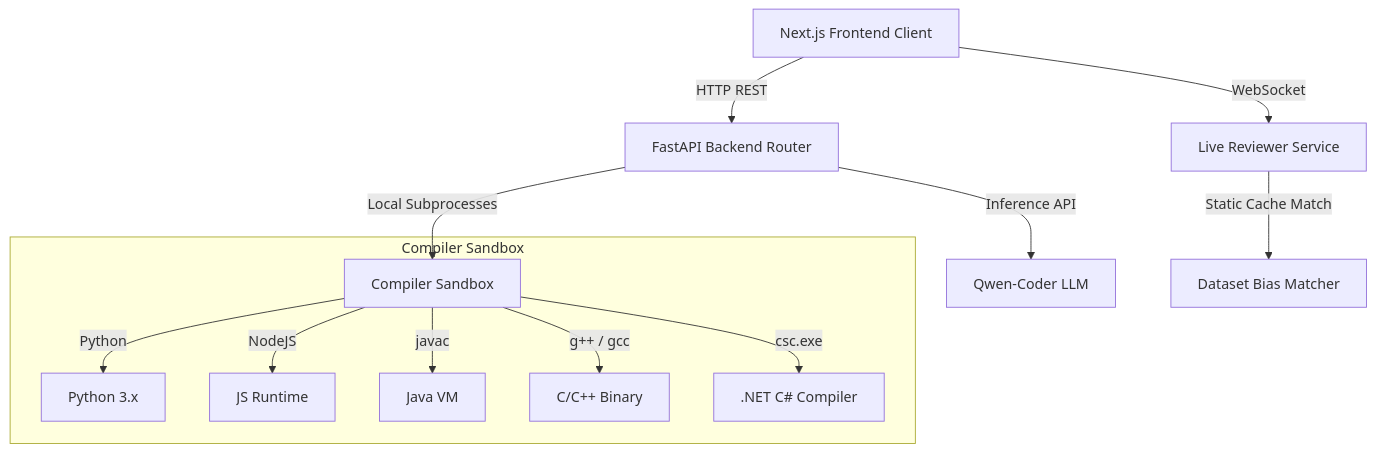
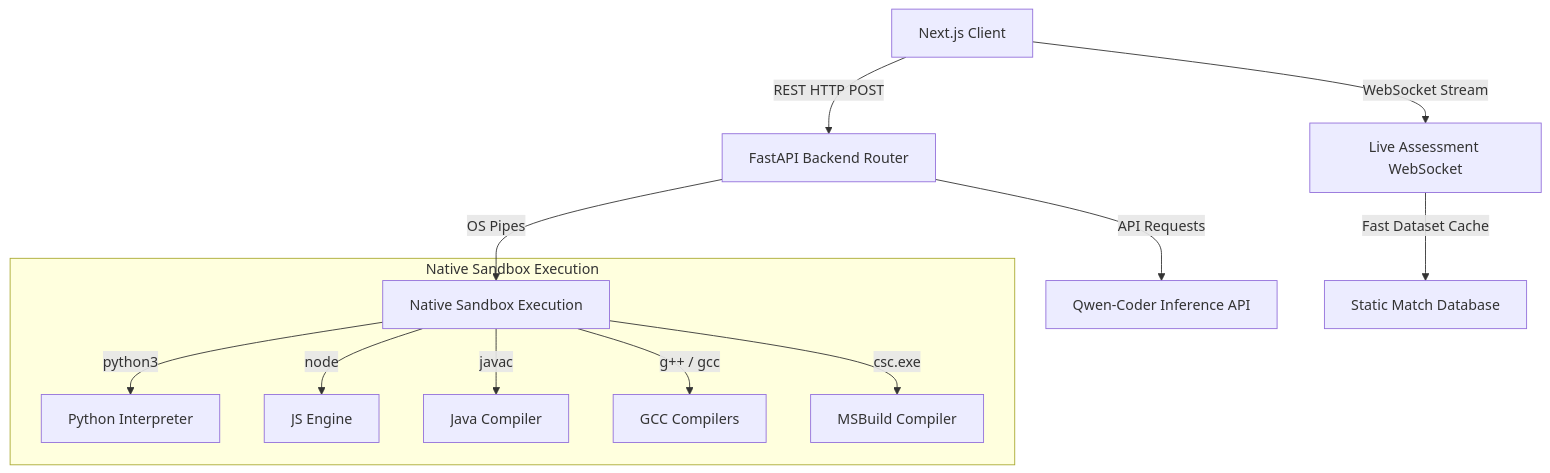
The diagram in README.md (Saipavanavsp/AI-Code-Review-Assistant), drawn with Mermaid before and after one commit. The commit also changed other lines of this file, not shown here.

````diff
--- a/README.md
+++ b/README.md
@@ -16,16 +58,16 @@
 ```mermaid
 graph TD
-    A[Next.js Frontend Client] -->|HTTP REST| B[FastAPI Backend Router]
-    A -->|WebSocket| C[Live Reviewer Service]
-    B -->|Local Subprocesses| D[Compiler Sandbox]
-    B -->|Inference API| E[Qwen-Coder LLM]
-    C -->|Static Cache Match| F[Dataset Bias Matcher]
-    
-    subgraph Compiler Sandbox
-        D -->|Python| G[Python 3.x]
-        D -->|NodeJS| H[JS Runtime]
-        D -->|javac| I[Java VM]
-        D -->|g++ / gcc| J[C/C++ Binary]
-        D -->|csc.exe| K[.NET C# Compiler]
+    A[Next.js Client] -->|REST HTTP POST| B[FastAPI Backend Router]
+    A -->|WebSocket Stream| C[Live Assessment WebSocket]
+    B -->|OS Pipes| D[Native Sandbox Execution]
+    B -->|API Requests| E[Qwen-Coder Inference API]
+    C -->|Fast Dataset Cache| F[Static Match Database]
+
+    subgraph Native Sandbox Execution
+        D -->|python3| G[Python Interpreter]
+        D -->|node| H[JS Engine]
+        D -->|javac| I[Java Compiler]
+        D -->|g++ / gcc| J[GCC Compilers]
+        D -->|csc.exe| K[MSBuild Compiler]
     end
 ```
````
